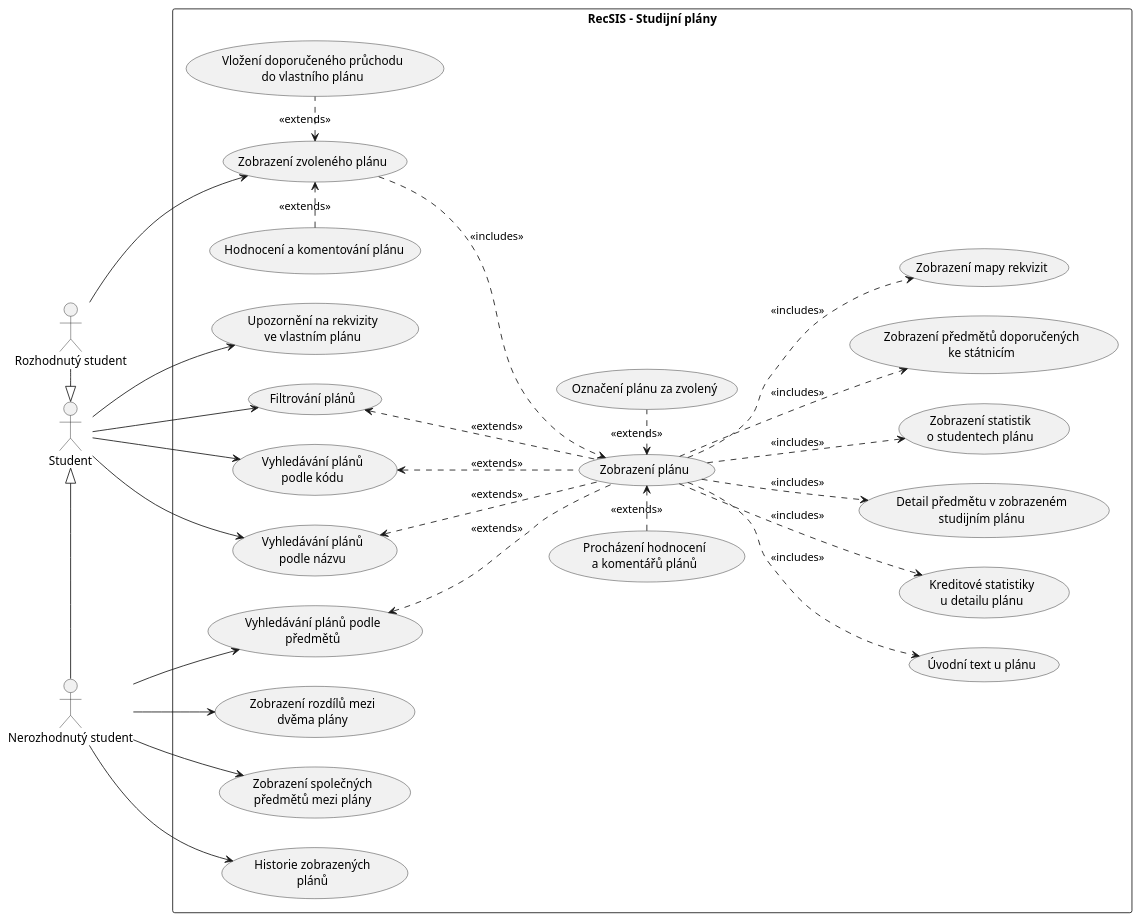
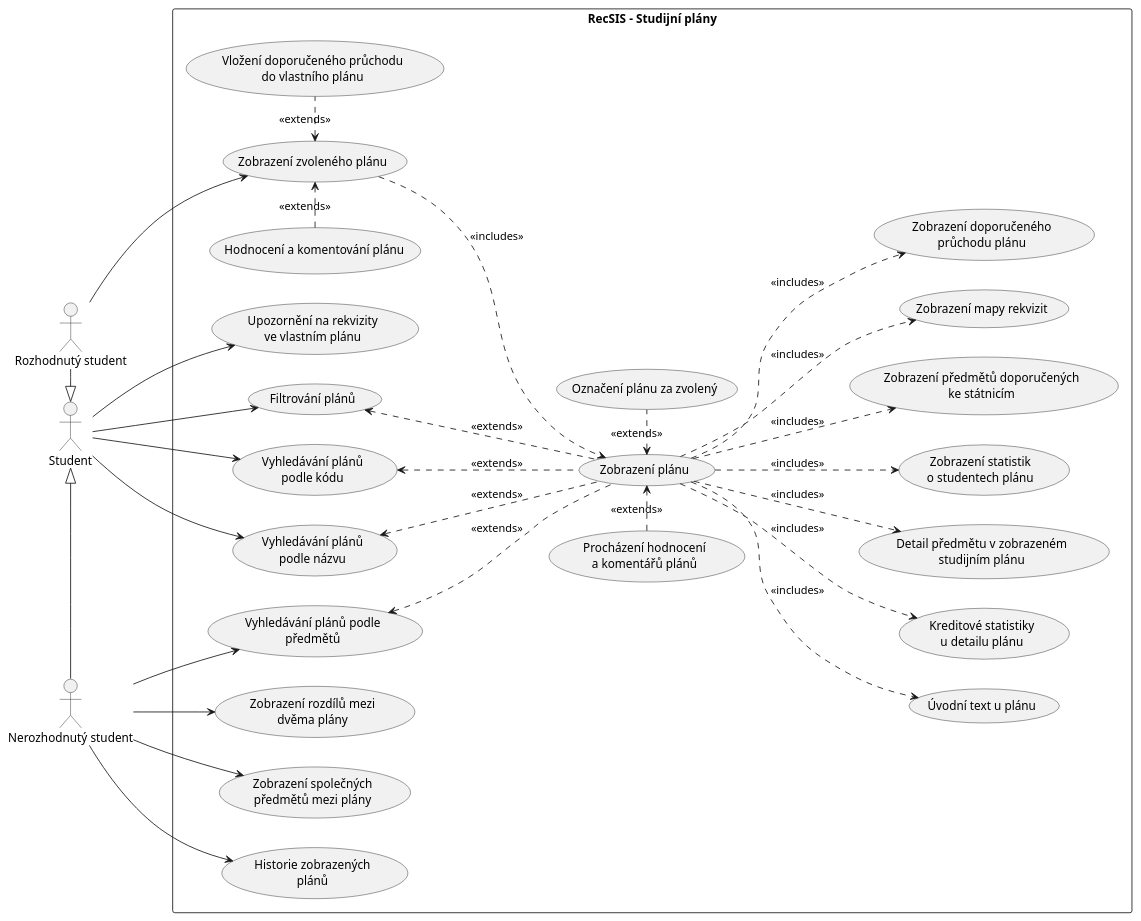
One commit to MedekMichal/analyza-studijnich-planu changed the diagram in documentation/use-case-diagram.plantuml. Above: the diagram before and after it, drawn with PlantUML. The commit also changed 3 other files, not shown here.

```diff
--- a/documentation/use-case-diagram.plantuml
+++ b/documentation/use-case-diagram.plantuml
@@ -1,66 +1,68 @@
 @startuml use-case-diagram
 
 left to right direction
 
 actor "Student" as AC_S
 actor "Nerozhodnutý student" as AC_NS
 actor "Rozhodnutý student" as AC_RS
 
 rectangle "RecSIS - Studijní plány" {
     usecase "Upozornění na rekvizity\nve vlastním plánu" as UC_001
     usecase "Vyhledávání plánů\npodle názvu" as UC_002
     usecase "Vyhledávání plánů\npodle kódu" as UC_003
     usecase "Filtrování plánů" as UC_004
     usecase "Zobrazení plánu" as UC_005
     usecase "Úvodní text u plánu" as UC_006
     usecase "Kreditové statistiky\nu detailu plánu" as UC_007
     usecase "Detail předmětu v zobrazeném\nstudijním plánu" as UC_008
     usecase "Zobrazení rozdílů mezi\ndvěma plány" as UC_009
     usecase "Zobrazení společných\npředmětů mezi plány" as UC_010
     usecase "Vyhledávání plánů podle\npředmětů" as UC_011
     usecase "Označení plánu za zvolený" as UC_012
     usecase "Zobrazení statistik\no studentech plánu" as UC_013
     usecase "Procházení hodnocení\na komentářů plánů" as UC_014
     usecase "Vložení doporučeného průchodu\ndo vlastního plánu" as UC_015
     usecase "Zobrazení předmětů doporučených\nke státnicím" as UC_016
     usecase "Zobrazení mapy rekvizit" as UC_017
     usecase "Hodnocení a komentování plánu" as UC_018
     usecase "Zobrazení zvoleného plánu" as UC_019
     usecase "Historie zobrazených\nplánů" as UC_020
+    usecase "Zobrazení doporučeného\nprůchodu plánu" as UC_021
 }
 
 AC_NS -l-|> AC_S
 AC_RS -r-|> AC_S
 
 AC_S -r-> UC_001
 AC_S --> UC_002
 AC_S --> UC_003
 AC_S --> UC_004
 
 AC_NS --> UC_009
 AC_NS --> UC_010
 AC_NS --> UC_011
 AC_NS --> UC_020
 
 AC_RS --> UC_019
 
 UC_005 .u.> UC_002 : <<extends>>
 UC_005 .u.> UC_003 : <<extends>>
 UC_005 .u.> UC_004 : <<extends>>
 UC_005 .u.> UC_011 : <<extends>>
 
 UC_005 .d.> UC_006 : <<includes>>
 UC_005 .d.> UC_007 : <<includes>>
 UC_005 .d.> UC_008 : <<includes>>
 UC_005 .d.> UC_013 : <<includes>>
 UC_005 .d.> UC_016 : <<includes>>
 UC_005 .d.> UC_017 : <<includes>>
+UC_005 .d.> UC_021 : <<includes>>
 
 UC_012 .l.> UC_005 : <<extends>>
 UC_014 .r.> UC_005 : <<extends>>
 
 UC_015 .l.> UC_019 : <<extends>>
 UC_018 .r.> UC_019 : <<extends>>
 UC_019 ..> UC_005 : <<includes>>
 
 @enduml
```
